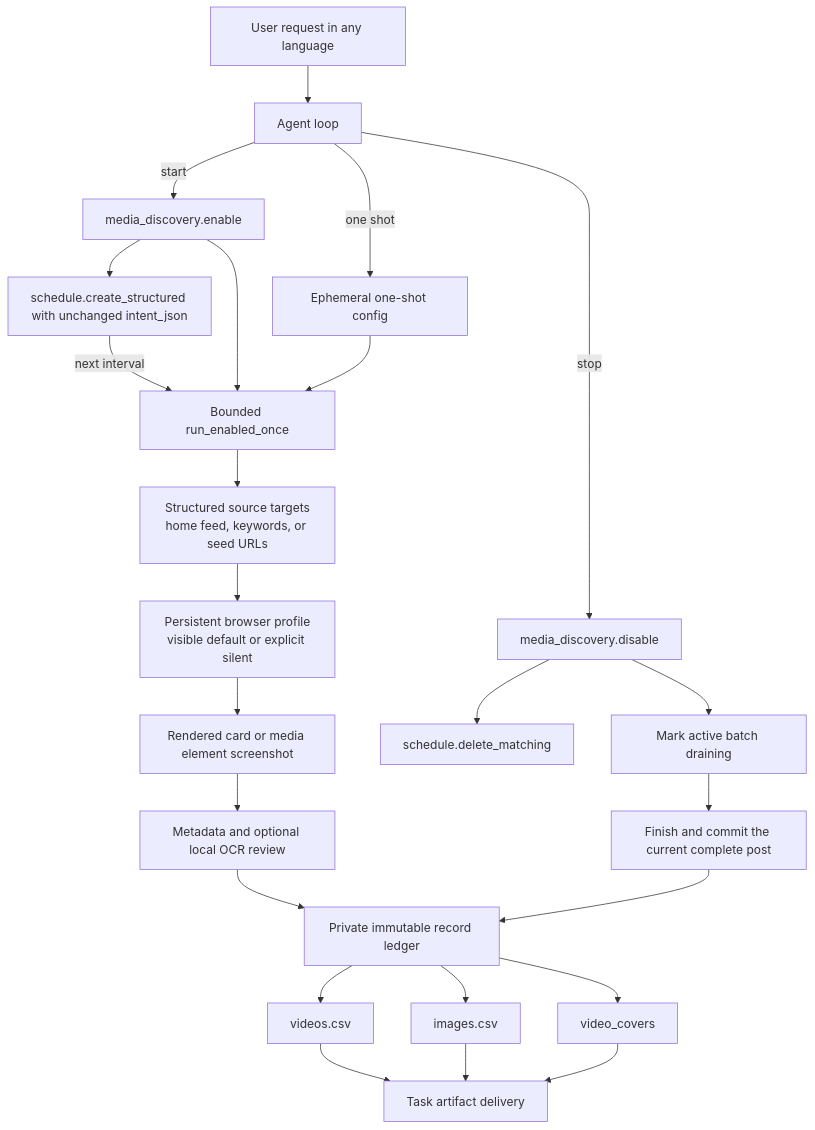
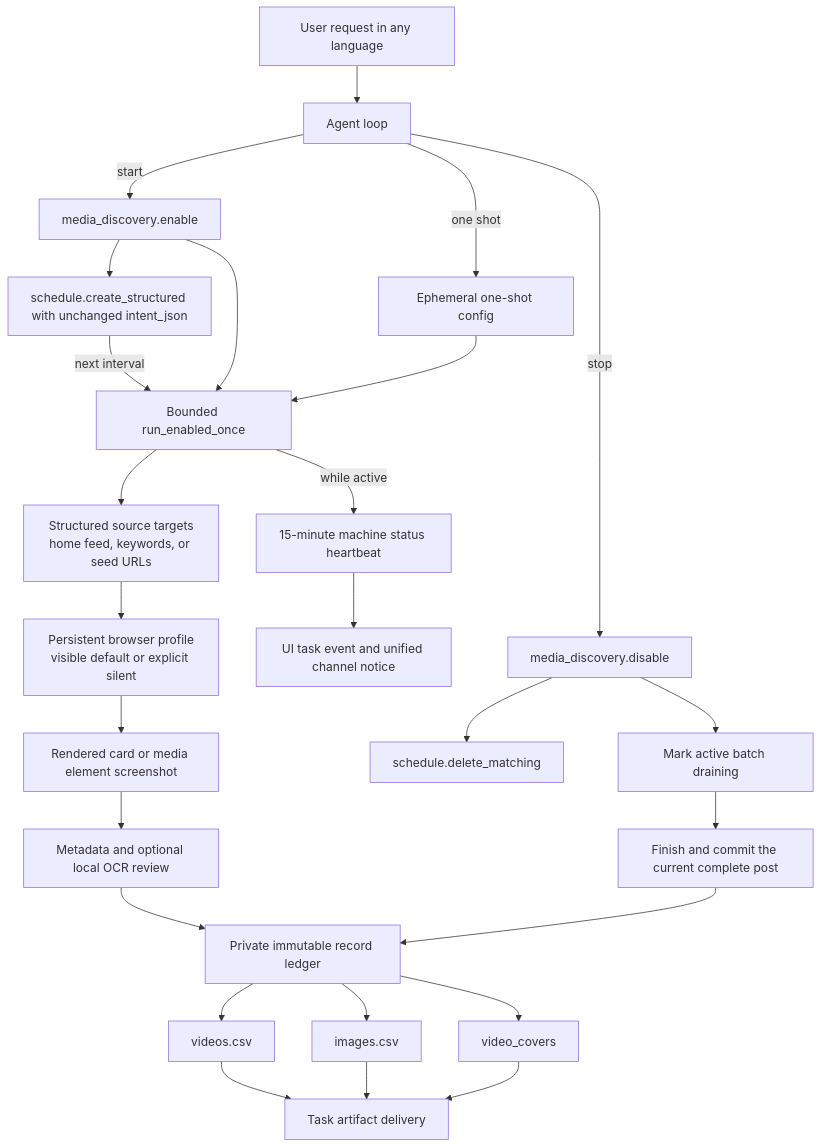
The diagram in docs/architecture/12-media-discovery.md (MatrixCoreX/RustClaw), drawn with Mermaid before and after one commit. The commit also changed other lines of this file and 31 other files, not shown here.

````diff
--- a/docs/architecture/12-media-discovery.md
+++ b/docs/architecture/12-media-discovery.md
@@ -50,36 +50,39 @@
 ```mermaid
 flowchart TD
     U[User request in any language]
     A[Agent loop]
     E[media_discovery.enable]
     X[media_discovery.disable]
     S[schedule.create_structured with unchanged intent_json]
     Q[schedule.delete_matching]
     R[Bounded run_enabled_once]
     W[Ephemeral one-shot config]
     T[Structured source targets<br/>home feed, keywords, or seed URLs]
     G[Mark active batch draining]
     P[Finish and commit the current complete post]
     B[Persistent browser profile<br/>visible default or explicit silent]
     C[Rendered card or media element screenshot]
     O[Metadata and optional local OCR review]
     L[Private immutable record ledger]
     V[videos.csv]
     I[images.csv]
     F[video_covers]
     D[Task artifact delivery]
+    H[15-minute machine status heartbeat]
+    N[UI task event and unified channel notice]
 
     U --> A
     A -->|start| E
     E --> S
     E --> R
     A -->|one shot| W --> R
     S -->|next interval| R
     R --> T --> B --> C --> O --> L
+    R -->|while active| H --> N
     A -->|stop| X
     X --> Q
     X --> G --> P --> L
     L --> V --> D
     L --> I --> D
     L --> F --> D
 ```
````
